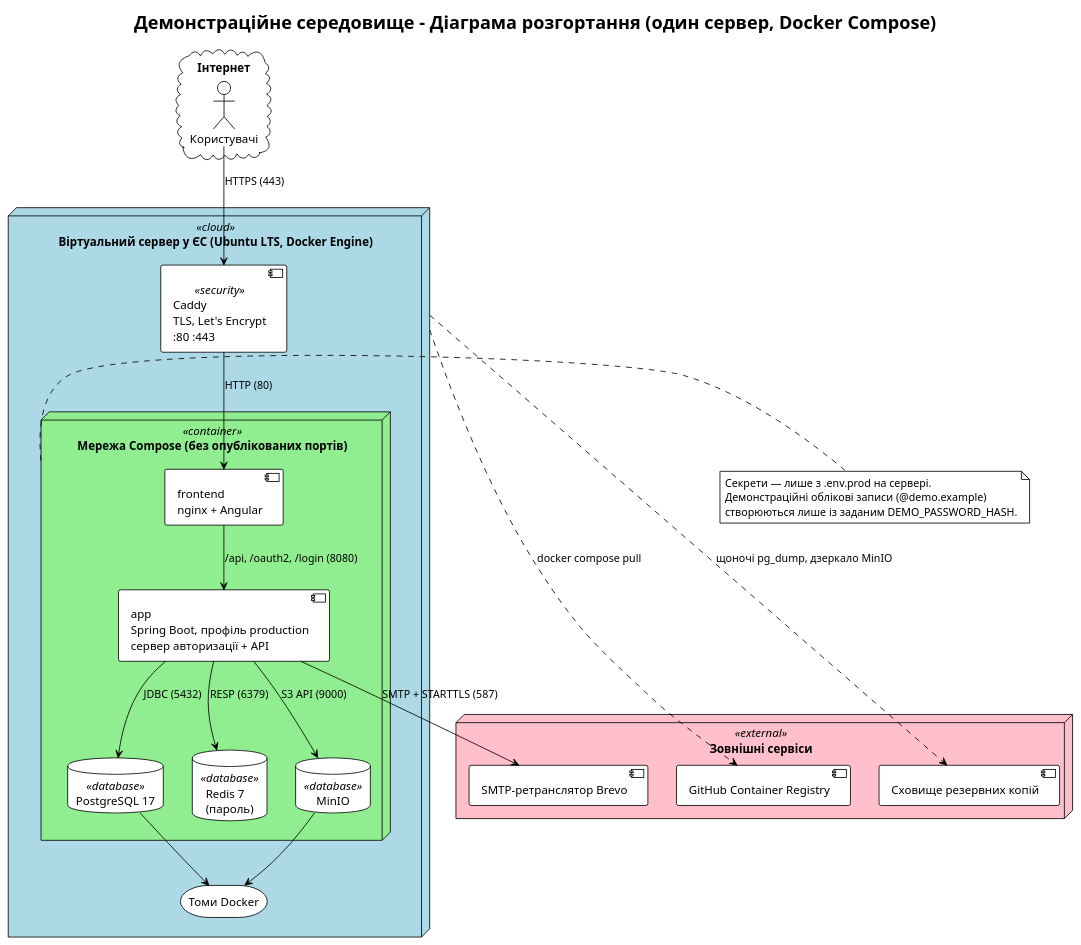
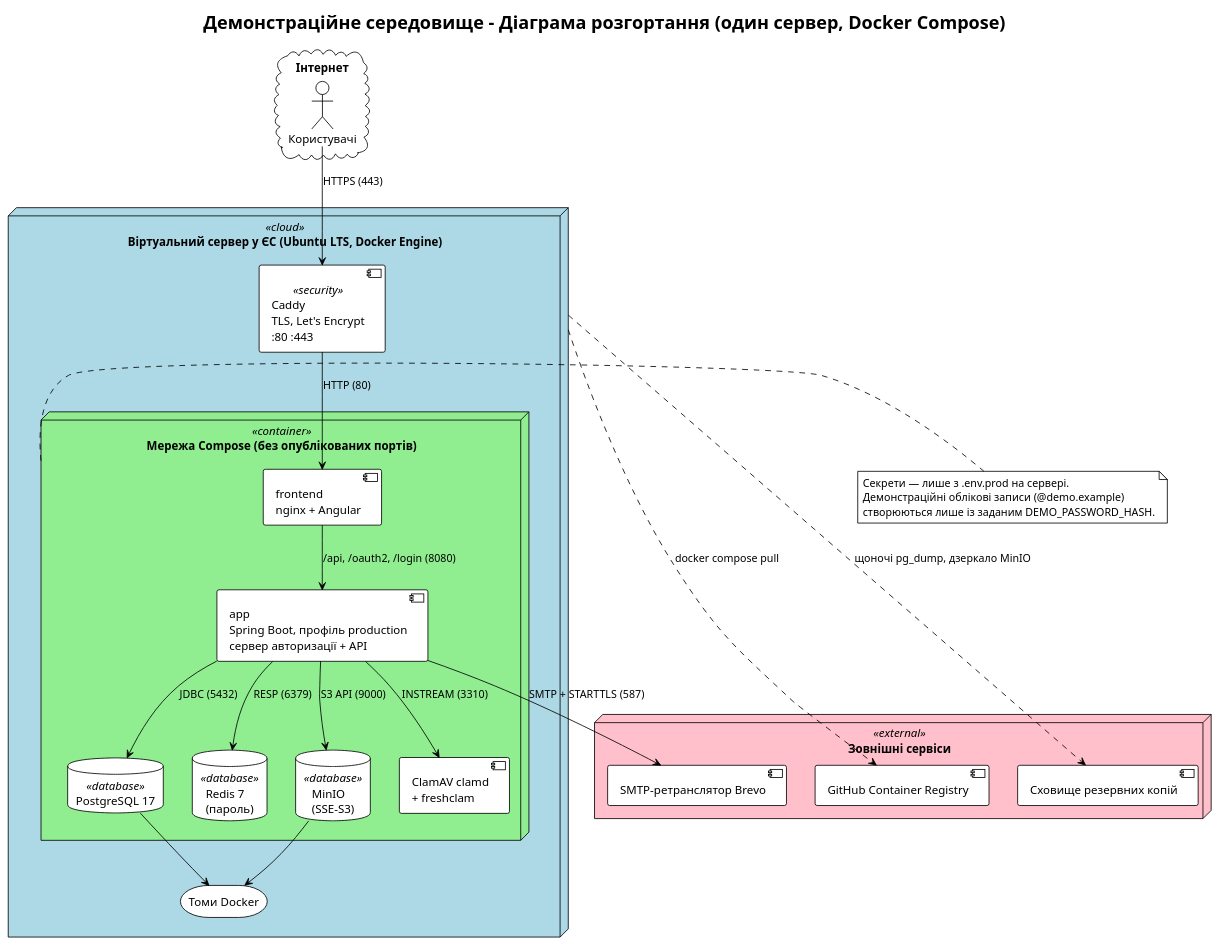
One commit to StKostyk/award-monitoring-system changed the diagram in docs/ua/diagrams/deployment-demo.puml. Above: the diagram before and after it, drawn with PlantUML. The commit also changed 55 other files, not shown here.

```diff
--- a/docs/ua/diagrams/deployment-demo.puml
+++ b/docs/ua/diagrams/deployment-demo.puml
@@ -1,61 +1,63 @@
 @startuml Deployment_Demo_UA
 ' =============================================================================
 ' Демонстраційне розгортання для захисту дипломної роботи (ADR-021)
 ' Система Моніторингу та Відстеження Нагород
 ' =============================================================================
 
 !theme plain
 
 skinparam node {
     BackgroundColor<<cloud>> LightBlue
     BackgroundColor<<container>> LightGreen
     BackgroundColor<<database>> LightYellow
     BackgroundColor<<external>> Pink
     BackgroundColor<<security>> LightCoral
 }
 
 title Демонстраційне середовище - Діаграма розгортання (один сервер, Docker Compose)
 
 cloud "Інтернет" as internet {
     actor "Користувачі" as users
 }
 
 node "Віртуальний сервер у ЄС (Ubuntu LTS, Docker Engine)" <<cloud>> as host {
     component [Caddy\nTLS, Let's Encrypt\n:80 :443] <<security>> as caddy
 
     node "Мережа Compose (без опублікованих портів)" <<container>> as net {
         component [frontend\nnginx + Angular] as frontend
         component [app\nSpring Boot, профіль production\nсервер авторизації + API] as app
         database "PostgreSQL 17" <<database>> as postgres
         database "Redis 7\n(пароль)" <<database>> as redis
-        database "MinIO" <<database>> as minio
+        database "MinIO\n(SSE-S3)" <<database>> as minio
+        component [ClamAV clamd\n+ freshclam] as clamav
     }
 
     storage "Томи Docker" as volumes
 }
 
 node "Зовнішні сервіси" <<external>> as external {
     component [SMTP-ретранслятор Brevo] as smtp
     component [GitHub Container Registry] as ghcr
     component [Сховище резервних копій] as backup
 }
 
 users --> caddy : HTTPS (443)
 caddy --> frontend : HTTP (80)
 frontend --> app : /api, /oauth2, /login (8080)
 app --> postgres : JDBC (5432)
 app --> redis : RESP (6379)
 app --> minio : S3 API (9000)
+app --> clamav : INSTREAM (3310)
 app --> smtp : SMTP + STARTTLS (587)
 postgres --> volumes
 minio --> volumes
 host ..> ghcr : docker compose pull
 host ..> backup : щоночі pg_dump, дзеркало MinIO
 
 note right of net
     Секрети — лише з .env.prod на сервері.
     Демонстраційні облікові записи (@demo.example)
     створюються лише із заданим DEMO_PASSWORD_HASH.
 end note
 
 @enduml
```
